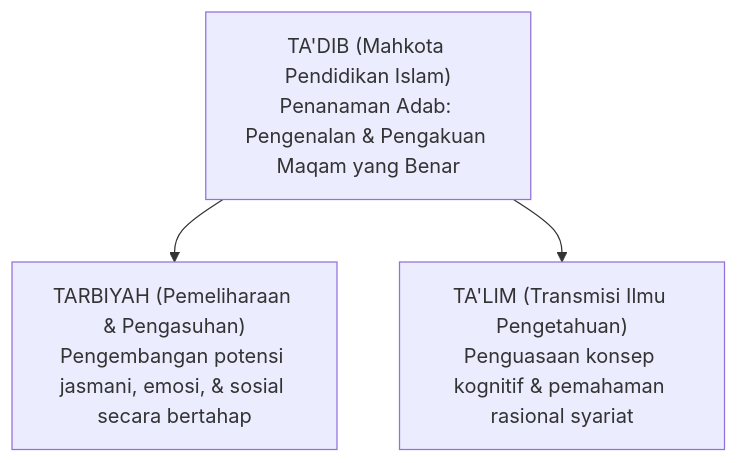
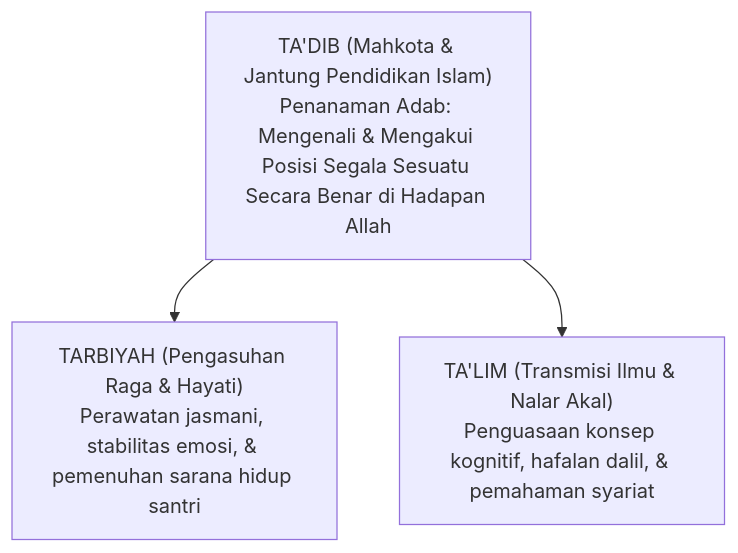
The first of 2 diagrams in BOOK-SERIES/Volume-01/Bab-02-Ontologi-Fitrah-dan-Hakikat-Insan-Pembelajar/04-Rekonstruksi-Tadib-Tarbiyah-Talim.md (wandiapriliyandi/tumbuh), drawn with Mermaid before and after one commit. The commit also changed other lines of this file and 5 other files, not shown here.

````diff
--- a/BOOK-SERIES/Volume-01/Bab-02-Ontologi-Fitrah-dan-Hakikat-Insan-Pembelajar/04-Rekonstruksi-Tadib-Tarbiyah-Talim.md
+++ b/BOOK-SERIES/Volume-01/Bab-02-Ontologi-Fitrah-dan-Hakikat-Insan-Pembelajar/04-Rekonstruksi-Tadib-Tarbiyah-Talim.md
@@ -15,6 +16,6 @@
 ```mermaid
 graph TD
-    Tadib["TA'DIB (Mahkota Pendidikan Islam)<br/>Penanaman Adab: Pengenalan & Pengakuan Maqam yang Benar"]
-    Tadib --> Tarbiyah["TARBIYAH (Pemeliharaan & Pengasuhan)<br/>Pengembangan potensi jasmani, emosi, & sosial secara bertahap"]
-    Tadib --> Talim["TA'LIM (Transmisi Ilmu Pengetahuan)<br/>Penguasaan konsep kognitif & pemahaman rasional syariat"]
+    Tadib["TA'DIB (Mahkota & Jantung Pendidikan Islam)<br/>Penanaman Adab: Mengenali & Mengakui Posisi Segala Sesuatu Secara Benar di Hadapan Allah"]
+    Tadib --> Tarbiyah["TARBIYAH (Pengasuhan Raga & Hayati)<br/>Perawatan jasmani, stabilitas emosi, & pemenuhan sarana hidup santri"]
+    Tadib --> Talim["TA'LIM (Transmisi Ilmu & Nalar Akal)<br/>Penguasaan konsep kognitif, hafalan dalil, & pemahaman syariat"]
 ```
````
